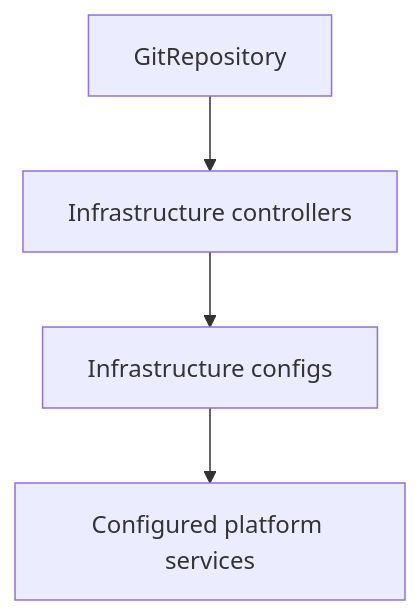
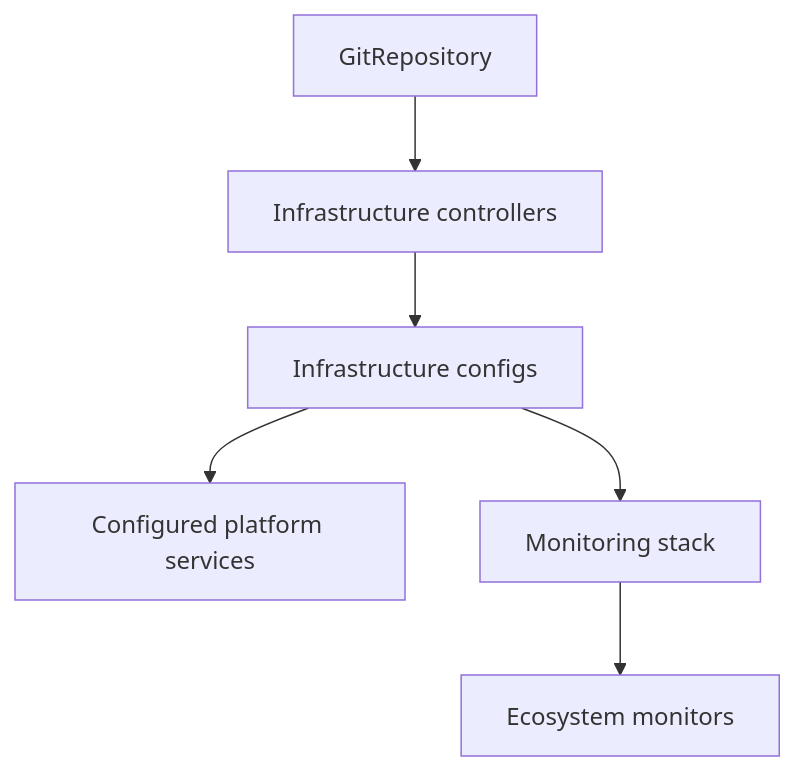
One commit to HYP3R00T/homelab changed the diagram in docs/gitops/reconciliation.md. Above: the diagram before and after it, drawn with Mermaid. The commit also changed other lines of this file and 30 other files, not shown here.

Commit message:
feat(monitoring): enable kube prometheus stack

````diff
--- a/docs/gitops/reconciliation.md
+++ b/docs/gitops/reconciliation.md
@@ -26,6 +29,8 @@
 ```mermaid
 flowchart TB
     Source[GitRepository] --> Controllers[Infrastructure controllers]
     Controllers --> Configs[Infrastructure configs]
     Configs --> Services[Configured platform services]
+    Configs --> Monitoring[Monitoring stack]
+    Monitoring --> Monitors[Ecosystem monitors]
 ```
````
